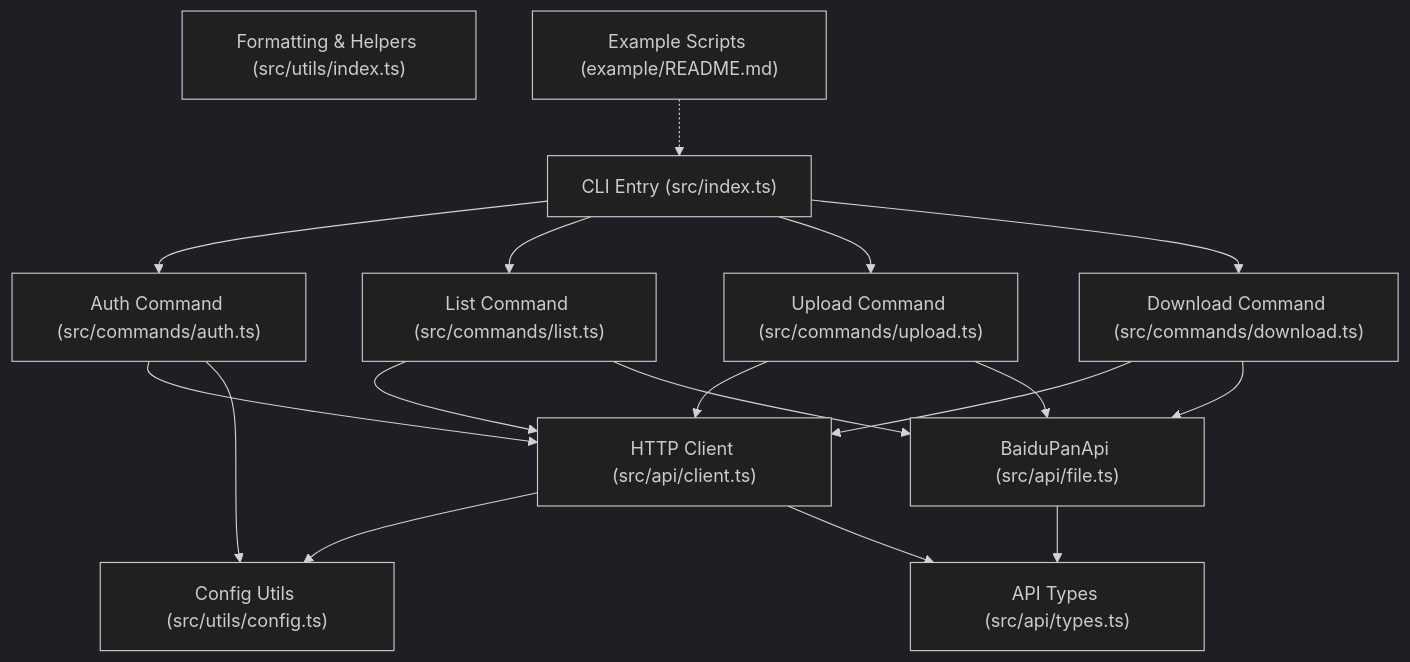
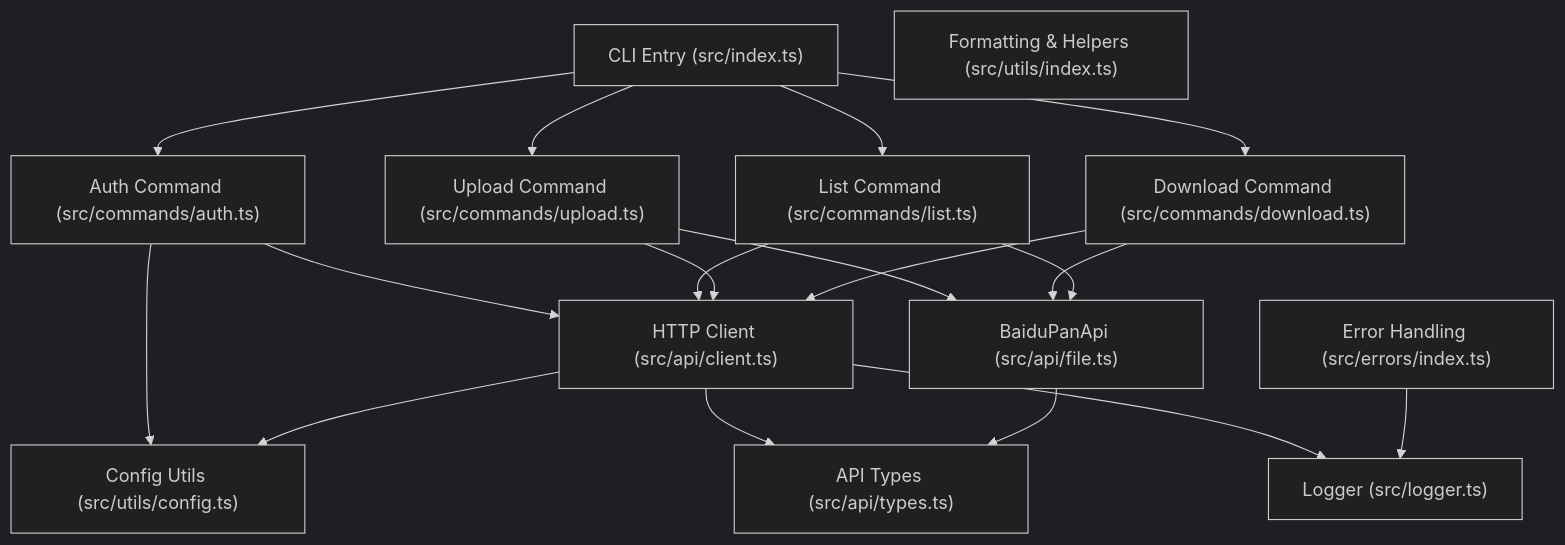
The first of 7 diagrams in .qoder/repowiki/en/content/Project Overview.md (yuexiaoliang/baiduwangpan-manager), drawn with Mermaid (dark theme) before and after one commit. The commit also changed other lines of this file and 30 other files, not shown here.

````diff
--- a/.qoder/repowiki/en/content/Project Overview.md
+++ b/.qoder/repowiki/en/content/Project Overview.md
@@ -55,30 +79,32 @@
 ```mermaid
 graph TB
 Root["CLI Entry (src/index.ts)"]
 AuthCmd["Auth Command (src/commands/auth.ts)"]
 ListCmd["List Command (src/commands/list.ts)"]
 UploadCmd["Upload Command (src/commands/upload.ts)"]
 DownloadCmd["Download Command (src/commands/download.ts)"]
 APIClient["HTTP Client (src/api/client.ts)"]
 BaiduAPI["BaiduPanApi (src/api/file.ts)"]
 Types["API Types (src/api/types.ts)"]
 UtilsCfg["Config Utils (src/utils/config.ts)"]
 UtilsFmt["Formatting & Helpers (src/utils/index.ts)"]
-Example["Example Scripts (example/README.md)"]
+Logger["Logger (src/logger.ts)"]
+Errors["Error Handling (src/errors/index.ts)"]
 Root --> AuthCmd
 Root --> ListCmd
 Root --> UploadCmd
 Root --> DownloadCmd
 AuthCmd --> APIClient
 ListCmd --> APIClient
 UploadCmd --> APIClient
 DownloadCmd --> APIClient
 AuthCmd --> UtilsCfg
 APIClient --> UtilsCfg
 APIClient --> Types
+APIClient --> Logger
 BaiduAPI --> Types
 UploadCmd --> BaiduAPI
 DownloadCmd --> BaiduAPI
 ListCmd --> BaiduAPI
-Example -.-> Root
+Errors --> Logger
 ```
````
